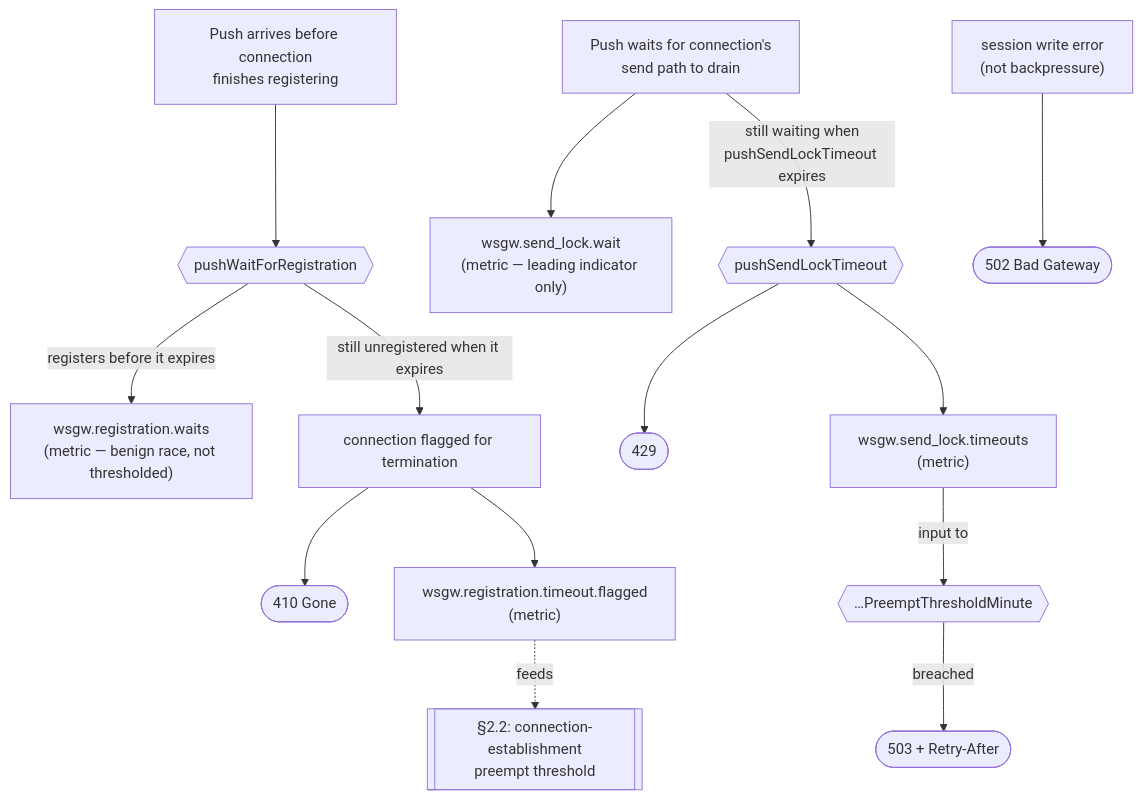
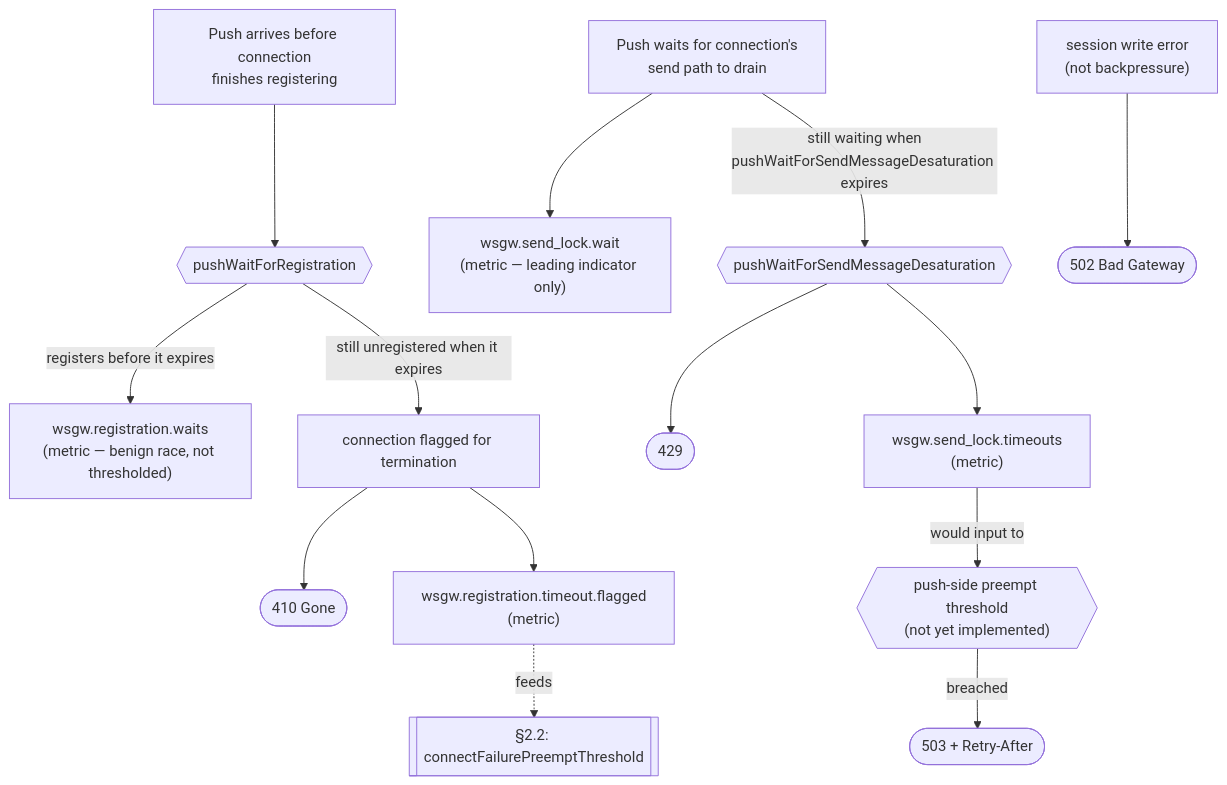
Before and after one commit to pdkovacs/wsgw-jakarta: the first of 3 diagrams in docs/backpressure.md, drawn with Mermaid. The commit also changed other lines of this file and 9 other files, not shown here.

````diff
--- a/docs/backpressure.md
+++ b/docs/backpressure.md
@@ -143,20 +146,20 @@
 ```mermaid
 flowchart TD
     R0["Push arrives before connection\nfinishes registering"]
     R0 --> KnobReg{{"pushWaitForRegistration"}}
     KnobReg -->|"registers before it expires"| RaceOK["wsgw.registration.waits\n(metric — benign race, not thresholded)"]
     KnobReg -->|"still unregistered when it expires"| FlagForTermination["connection flagged for termination"]
     FlagForTermination --> Sig410(["410 Gone"])
     FlagForTermination --> MetricTerm["wsgw.registration.timeout.flagged\n(metric)"]
-    MetricTerm -.->|feeds| Ext1[["§2.2: connection-establishment\npreempt threshold"]]
+    MetricTerm -.->|feeds| Ext1[["§2.2: connectFailurePreemptThreshold"]]
 
     S0["Push waits for connection's\nsend path to drain"]
     S0 --> MetricAvg["wsgw.send_lock.wait\n(metric — leading indicator only)"]
-    S0 -->|"still waiting when\npushSendLockTimeout expires"| KnobSend{{"pushSendLockTimeout"}}
+    S0 -->|"still waiting when\npushWaitForSendMessageDesaturation expires"| KnobSend{{"pushWaitForSendMessageDesaturation"}}
     KnobSend --> Sig429(["429"])
     KnobSend --> MetricWaitCount["wsgw.send_lock.timeouts\n(metric)"]
-    MetricWaitCount -->|"input to"| KnobPreempt{{"…PreemptThresholdMinute"}}
+    MetricWaitCount -->|"would input to"| KnobPreempt{{"push-side preempt threshold\n(not yet implemented)"}}
     KnobPreempt -->|"breached"| Sig503(["503 + Retry-After"])
 
     WriteErr["session write error\n(not backpressure)"] --> Sig502(["502 Bad Gateway"])
 ```
````
